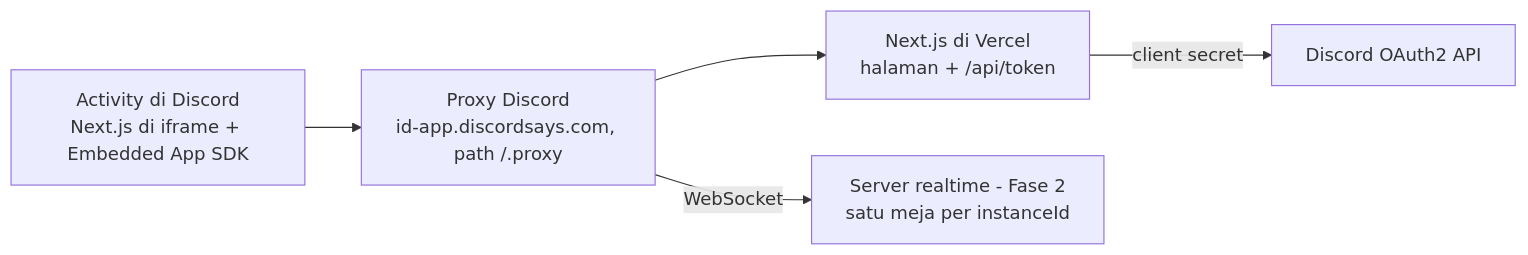
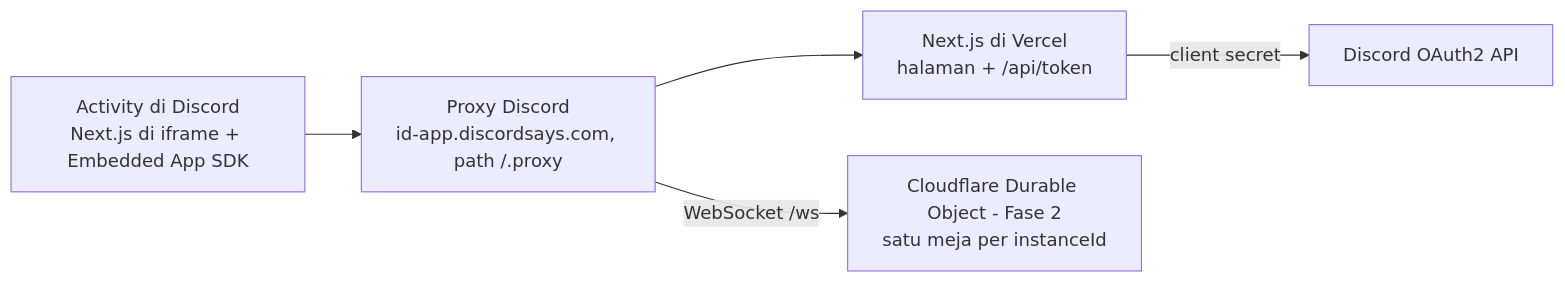
The diagram in PRD.md (iqbalamsyahs/gas-uno), drawn with Mermaid before and after one commit. The commit also changed other lines of this file, not shown here.

Commit message:
docs: hasil spike realtime M3, pilih Cloudflare Durable Objects

````diff
--- a/PRD.md
+++ b/PRD.md
@@ -139,7 +139,7 @@
 ```mermaid
 flowchart LR
   A[Activity di Discord<br/>Next.js di iframe + Embedded App SDK] --> P[Proxy Discord<br/>id-app.discordsays.com, path /.proxy]
   P --> N[Next.js di Vercel<br/>halaman + /api/token]
-  P -- WebSocket --> R[Server realtime - Fase 2<br/>satu meja per instanceId]
+  P -- WebSocket /ws --> R[Cloudflare Durable Object - Fase 2<br/>satu meja per instanceId]
   N -- client secret --> D[Discord OAuth2 API]
 ```
````
